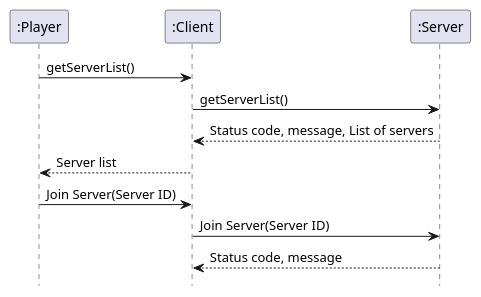
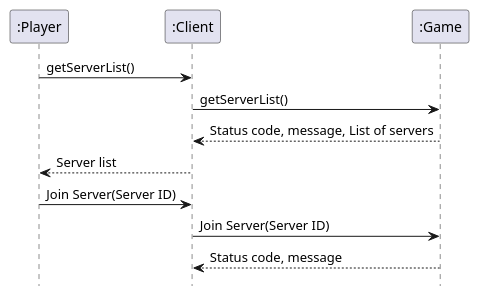
The diagram in diagrams/SD's/SD_joinGame.puml (MikaelFangel/RoboRally), drawn with PlantUML before and after one commit. The commit also changed 7 other files, not shown here.

```diff
--- a/diagrams/SD's/SD_joinGame.puml
+++ b/diagrams/SD's/SD_joinGame.puml
@@ -1,17 +1,17 @@
 @startuml
 'https://plantuml.com/sequence-diagram
 
 hide footbox
 
 Participant ":Player" as player
 Participant ":Client" as client
-Participant ":Server" as server
+Participant ":Game" as game
 
 player -> client : getServerList()
-client  -> server : getServerList()
-client <-- server : Status code, message, List of servers
+client  -> game : getServerList()
+client <-- game : Status code, message, List of servers
 player <-- client : Server list
 player -> client : Join Server(Server ID)
-client -> server : Join Server(Server ID)
-client <-- server : Status code, message
+client -> game : Join Server(Server ID)
+client <-- game : Status code, message
 @enduml
```
